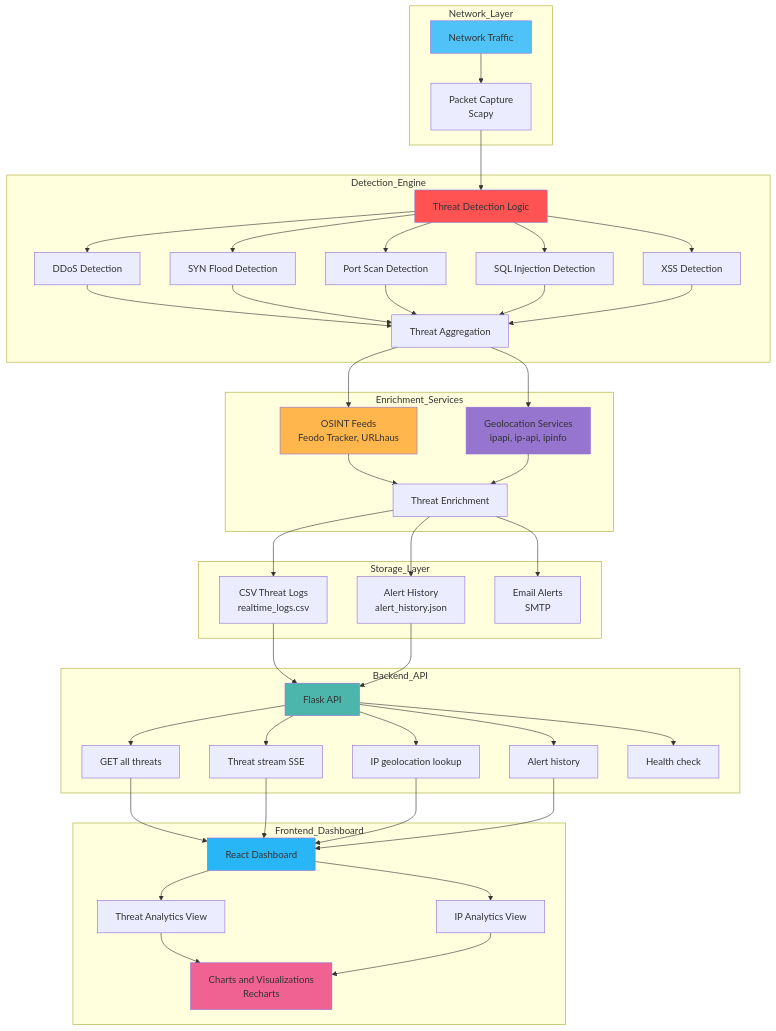
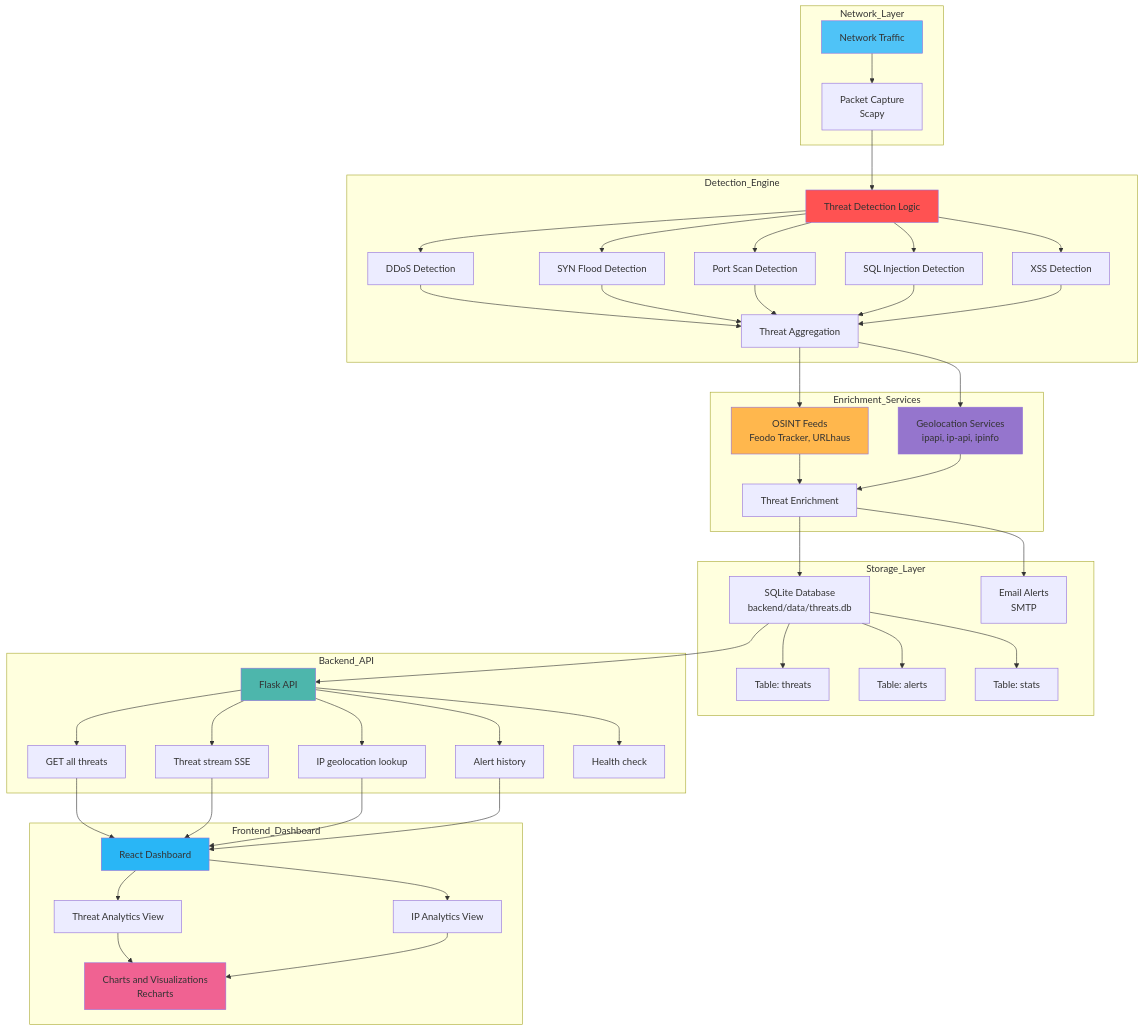
The diagram in README.md (YuvaBhargav/network-threat-detection-platform-), drawn with Mermaid before and after one commit. The commit also changed other lines of this file and 8 other files, not shown here.

````diff
--- a/README.md
+++ b/README.md
@@ -30,63 +31,64 @@
 ```mermaid
 flowchart TB
     subgraph Network_Layer
         A[Network Traffic] --> B[Packet Capture<br>Scapy]
     end
 
     subgraph Detection_Engine
         B --> C[Threat Detection Logic]
         C --> D1[DDoS Detection]
         C --> D2[SYN Flood Detection]
         C --> D3[Port Scan Detection]
         C --> D4[SQL Injection Detection]
         C --> D5[XSS Detection]
         D1 --> E[Threat Aggregation]
         D2 --> E
         D3 --> E
         D4 --> E
         D5 --> E
     end
 
     subgraph Enrichment_Services
         E --> F1[OSINT Feeds<br>Feodo Tracker, URLhaus]
         E --> F2[Geolocation Services<br>ipapi, ip-api, ipinfo]
         F1 --> G[Threat Enrichment]
         F2 --> G
     end
 
     subgraph Storage_Layer
-        G --> H1[CSV Threat Logs<br>realtime_logs.csv]
-        G --> H2[Alert History<br>alert_history.json]
+        G --> H1[SQLite Database<br>backend/data/threats.db]
+        H1 --> H1a[Table: threats]
+        H1 --> H1b[Table: alerts]
+        H1 --> H1c[Table: stats]
         G --> H3[Email Alerts<br>SMTP]
     end
 
     subgraph Backend_API
         H1 --> I[Flask API]
-        H2 --> I
         I --> J1[GET all threats]
         I --> J2[Threat stream SSE]
         I --> J3[IP geolocation lookup]
         I --> J4[Alert history]
         I --> J5[Health check]
     end
 
     subgraph Frontend_Dashboard
         J1 --> K[React Dashboard]
         J2 --> K
         J3 --> K
         J4 --> K
         K --> L1[Threat Analytics View]
         K --> L2[IP Analytics View]
         L1 --> M[Charts and Visualizations<br>Recharts]
         L2 --> M
     end
 
     style A fill:#4fc3f7
     style C fill:#ff5252
     style F1 fill:#ffb74d
     style F2 fill:#9575cd
     style I fill:#4db6ac
     style K fill:#29b6f6
     style M fill:#f06292
 
 ```
````
